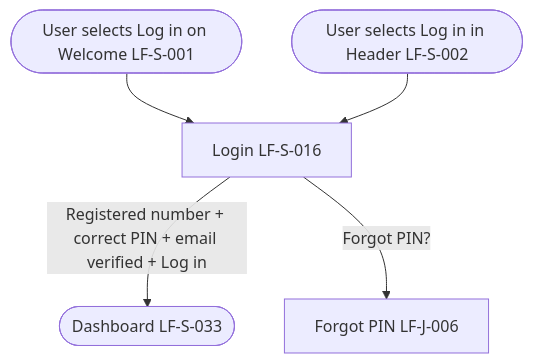
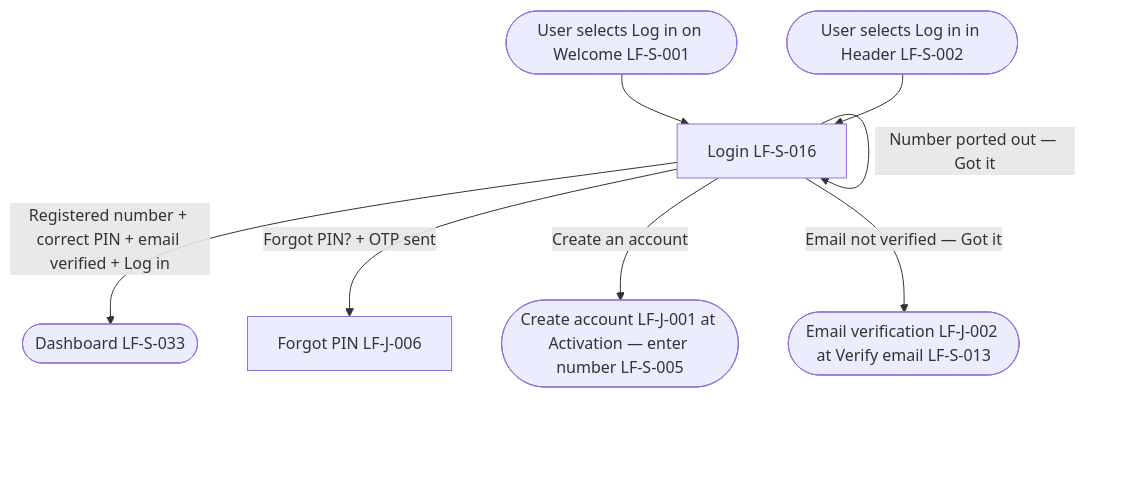
Before and after one commit to nandong-tech/product-management: the diagram in prebuilt_prds/LF-J-016-login.md, drawn with Mermaid. The commit also changed other lines of this file and 73 other files, not shown here.

````diff
--- a/prebuilt_prds/LF-J-016-login.md
+++ b/prebuilt_prds/LF-J-016-login.md
@@ -50,7 +49,10 @@
 ```mermaid
 flowchart TD
   startWelcome([User selects Log in on Welcome LF-S-001]) --> login[Login LF-S-016]
   startHeader([User selects Log in in Header LF-S-002]) --> login
   login -->|Registered number + correct PIN + email verified + Log in| dashboard([Dashboard LF-S-033])
-  login -->|Forgot PIN?| forgotPin[Forgot PIN LF-J-006]
+  login -->|Forgot PIN? + OTP sent| forgotPin[Forgot PIN LF-J-006]
+  login -->|Create an account| createAccount([Create account LF-J-001 at Activation — enter number LF-S-005])
+  login -->|Email not verified — Got it| emailVerification([Email verification LF-J-002 at Verify email LF-S-013])
+  login -->|Number ported out — Got it| login
 ```
````
